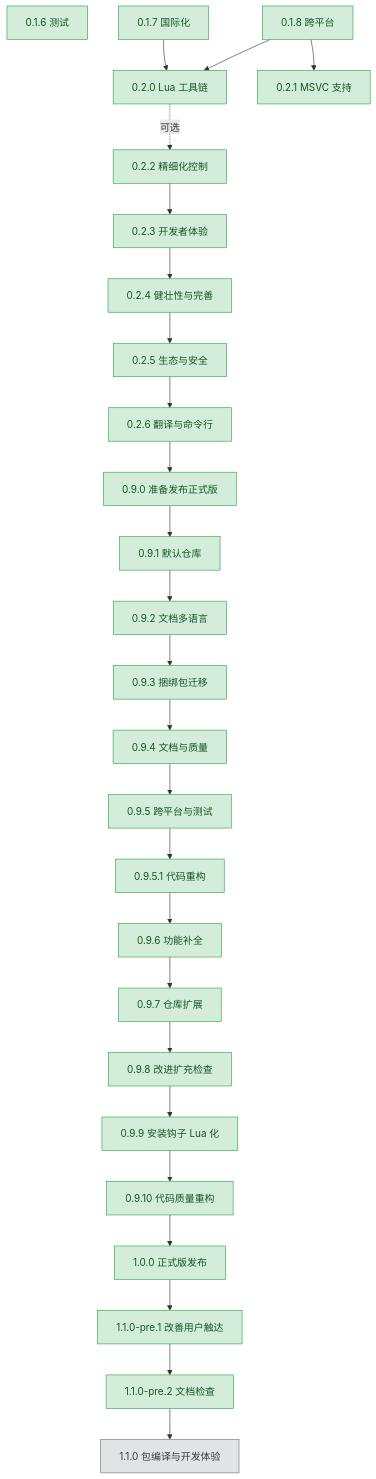
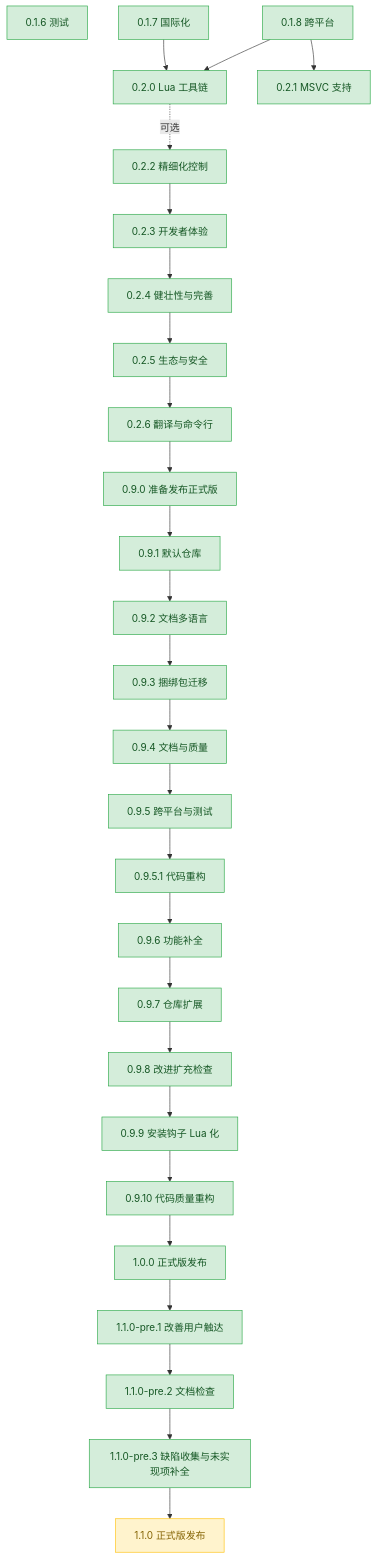
One commit to 3667808244/EazyMake changed the diagram in plans/README.md. Above: the diagram before and after it, drawn with Mermaid. The commit also changed other lines of this file and 3 other files, not shown here.

````diff
--- a/plans/README.md
+++ b/plans/README.md
@@ -89,61 +86,63 @@
 ```mermaid
 graph TD
     v016["0.1.6 测试"]
     v017["0.1.7 国际化"]
     v018["0.1.8 跨平台"]
     v020["0.2.0 Lua 工具链"]
     v021["0.2.1 MSVC 支持"]
     v022["0.2.2 精细化控制"]
     v023["0.2.3 开发者体验"]
     v024["0.2.4 健壮性与完善"]
     v025["0.2.5 生态与安全"]
     v026["0.2.6 翻译与命令行"]
     v090["0.9.0 准备发布正式版"]
     v091["0.9.1 默认仓库"]
     v092["0.9.2 文档多语言"]
     v093["0.9.3 捆绑包迁移"]
     v094["0.9.4 文档与质量"]
     v095["0.9.5 跨平台与测试"]
     v0951["0.9.5.1 代码重构"]
     v096["0.9.6 功能补全"]
     v097["0.9.7 仓库扩展"]
     v098["0.9.8 改进扩充检查"]
     v099["0.9.9 安装钩子 Lua 化"]
     v0910["0.9.10 代码质量重构"]
     v100["1.0.0 正式版发布"]
     v110pre1["1.1.0-pre.1 改善用户触达"]
     v110pre2["1.1.0-pre.2 文档检查"]
-    v110["1.1.0 包编译与开发体验"]
+    v110pre3["1.1.0-pre.3 缺陷收集与未实现项补全"]
+    v110["1.1.0 正式版发布"]
 
     v018 --> v021
     v017 --> v020
     v018 --> v020
     v020 -.可选.-> v022
     v022 --> v023
     v023 --> v024
     v024 --> v025
     v025 --> v026
     v026 --> v090
     v090 --> v091
     v091 --> v092
     v092 --> v093
     v093 --> v094
     v094 --> v095
     v095 --> v0951
     v0951 --> v096
     v096 --> v097
     v097 --> v098
     v098 --> v099
     v099 --> v0910
     v0910 --> v100
     v100 --> v110pre1
     v110pre1 --> v110pre2
-    v110pre2 --> v110
+    v110pre2 --> v110pre3
+    v110pre3 --> v110
 
     classDef done fill:#d4edda,stroke:#28a745,color:#155724;
     classDef active fill:#fff3cd,stroke:#ffc107,color:#856404;
     classDef todo fill:#e2e3e5,stroke:#6c757d,color:#383d41;
 
-    class v016,v017,v018,v020,v021,v022,v023,v024,v025,v026,v090,v091,v092,v093,v094,v095,v0951,v096,v097,v098,v099,v0910,v100,v110pre1,v110pre2 done;
-    class v110 todo;
+    class v016,v017,v018,v020,v021,v022,v023,v024,v025,v026,v090,v091,v092,v093,v094,v095,v0951,v096,v097,v098,v099,v0910,v100,v110pre1,v110pre2,v110pre3 done;
+    class v110 active;
 ```
````
